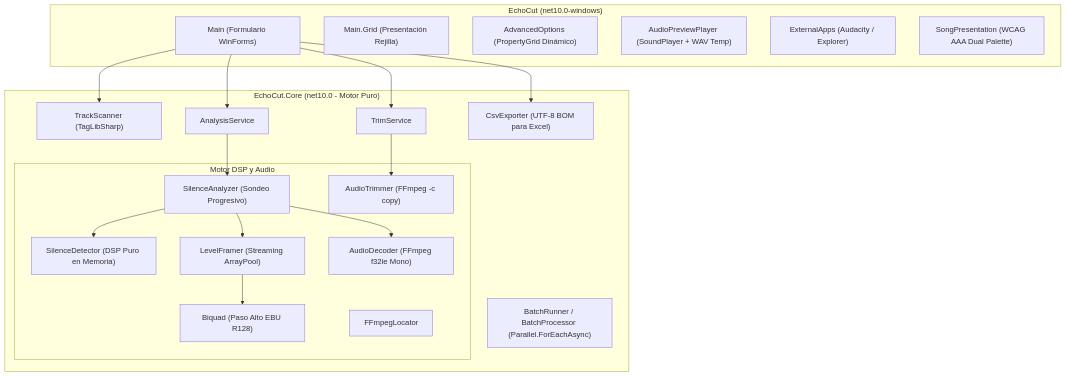
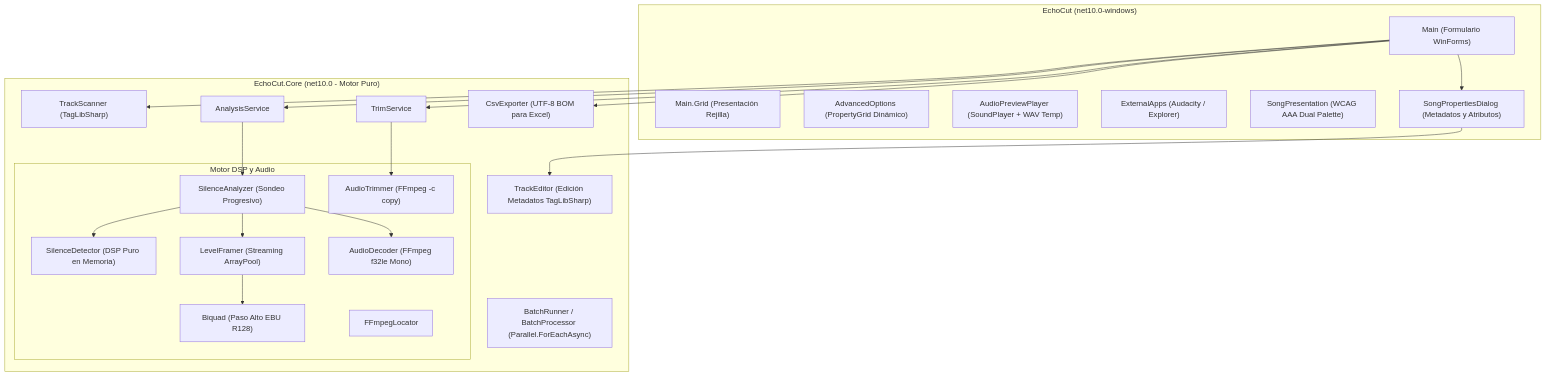
One commit to Dreizack97/EchoCut changed the first of 2 diagrams in README.md. Above: the diagram before and after it, drawn with Mermaid. The commit also changed other lines of this file and 6 other files, not shown here.

````diff
--- a/README.md
+++ b/README.md
@@ -56,40 +57,44 @@
 ```mermaid
 graph TD
     subgraph UI ["EchoCut (net10.0-windows)"]
         Form["Main (Formulario WinForms)"]
         Grid["Main.Grid (Presentación Rejilla)"]
         Advanced["AdvancedOptions (PropertyGrid Dinámico)"]
         Player["AudioPreviewPlayer (SoundPlayer + WAV Temp)"]
         ExtApps["ExternalApps (Audacity / Explorer)"]
         Accessible["SongPresentation (WCAG AAA Dual Palette)"]
+        Properties["SongPropertiesDialog (Metadatos y Atributos)"]
     end
 
     subgraph Core ["EchoCut.Core (net10.0 - Motor Puro)"]
         Scanner["TrackScanner (TagLibSharp)"]
+        Editor["TrackEditor (Edición Metadatos TagLibSharp)"]
         Batch["BatchRunner / BatchProcessor (Parallel.ForEachAsync)"]
         AnalysisSvc["AnalysisService"]
         TrimSvc["TrimService"]
         Exporter["CsvExporter (UTF-8 BOM para Excel)"]
         
         subgraph AudioDSP ["Motor DSP y Audio"]
             Analyzer["SilenceAnalyzer (Sondeo Progresivo)"]
             Detector["SilenceDetector (DSP Puro en Memoria)"]
             Framer["LevelFramer (Streaming ArrayPool)"]
             BiquadFilter["Biquad (Paso Alto EBU R128)"]
             Decoder["AudioDecoder (FFmpeg f32le Mono)"]
             Trimmer["AudioTrimmer (FFmpeg -c copy)"]
             Locator["FFmpegLocator"]
         end
     end
 
     Form --> AnalysisSvc
     Form --> TrimSvc
     Form --> Exporter
     Form --> Scanner
+    Form --> Properties
+    Properties --> Editor
     AnalysisSvc --> Analyzer
     TrimSvc --> Trimmer
     Analyzer --> Decoder
     Analyzer --> Framer
     Analyzer --> Detector
     Framer --> BiquadFilter
 ```
````
